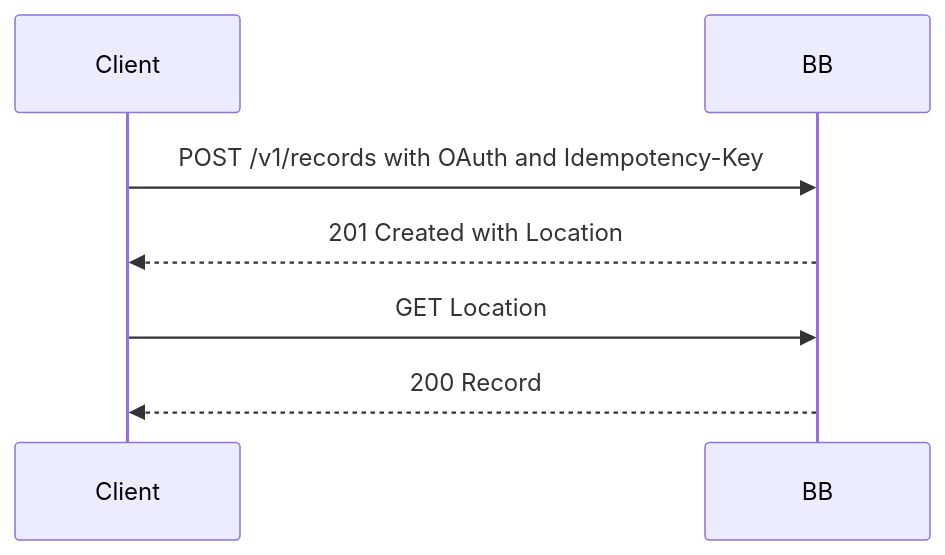
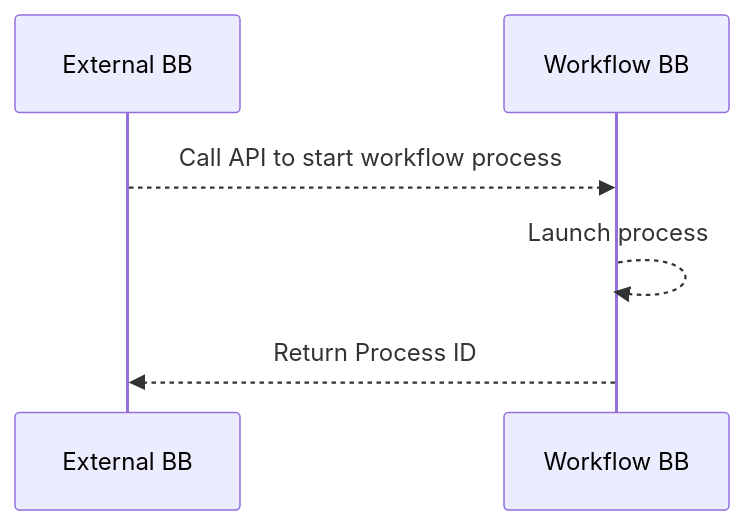
Before and after one commit to jeremi/bb-template: the first of 2 diagrams in spec/9-workflows.md, drawn with Mermaid. The commit also changed other lines of this file and 20 other files, not shown here.

````diff
--- a/spec/9-workflows.md
+++ b/spec/9-workflows.md
@@ -11,9 +20,8 @@
 ```mermaid
 sequenceDiagram
-    participant Client
-    participant BB
-    Client->>BB: POST /v1/records with OAuth and Idempotency-Key
-    BB-->>Client: 201 Created with Location
-    Client->>BB: GET Location
-    BB-->>Client: 200 Record
+
+External BB-->>Workflow BB: Call API to start workflow process
+Workflow BB-->>Workflow BB: Launch process
+Workflow BB-->>External BB: Return Process ID
+
 ```
````
